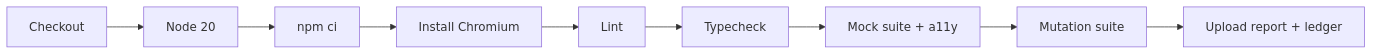
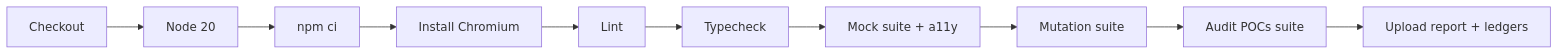
The fifth of 5 diagrams in README.md (criguex/civica-playwright-challenge), drawn with Mermaid before and after one commit. The commit also changed other lines of this file and 4 other files, not shown here.

First line of the commit message:
docs: document the audit POCs and wire them into CI

````diff
--- a/README.md
+++ b/README.md
@@ -432,11 +476,12 @@
 ```mermaid
 flowchart LR
   A[Checkout] --> B[Node 20]
   B --> C[npm ci]
   C --> D[Install Chromium]
   D --> E[Lint]
   E --> F[Typecheck]
   F --> G[Mock suite + a11y]
   G --> H[Mutation suite]
-  H --> I[Upload report + ledger]
+  H --> I[Audit POCs suite]
+  I --> J[Upload report + ledgers]
 ```
````
